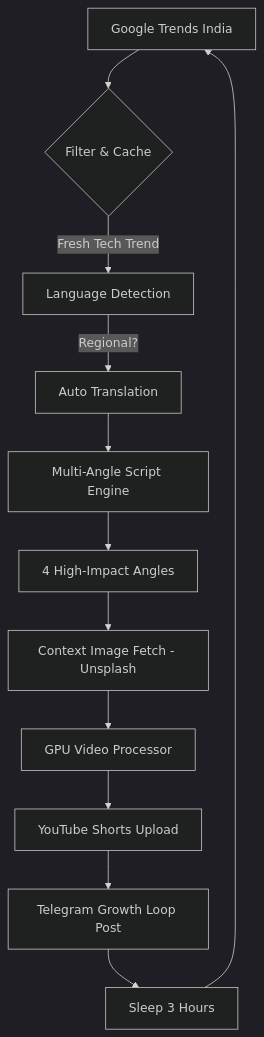
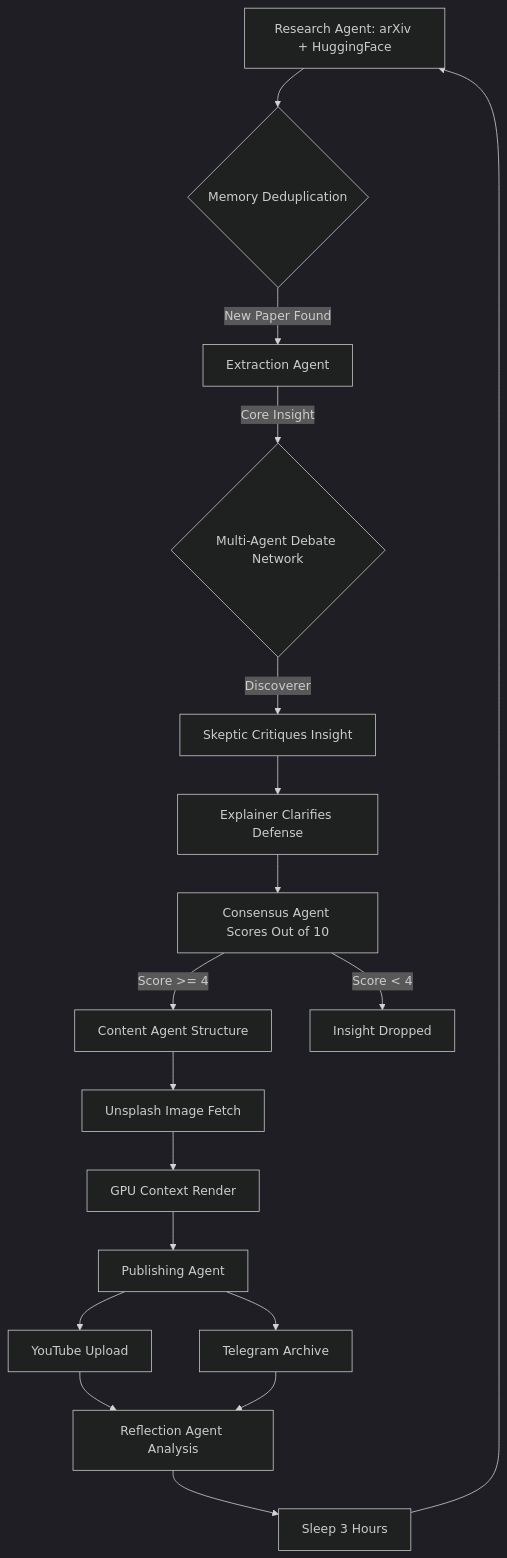
One commit to harsh-jha-a104911b5/trend-shorts-mvp changed the diagram in README.md. Above: the diagram before and after it, drawn with Mermaid (dark theme). The commit also changed other lines of this file, not shown here.

Commit message:
v12: Rebrand project to Agentic AI Discovery Engine in README.md (Document Multi-Agent Network)

````diff
--- a/README.md
+++ b/README.md
@@ -10,14 +12,20 @@
 ```mermaid
 graph TD
-    A[Google Trends India] --> B{Filter & Cache}
-    B -->|Fresh Tech Trend| C[Language Detection]
-    C -->|Regional?| D[Auto Translation]
-    D --> E[Multi-Angle Script Engine]
-    E --> F[4 High-Impact Angles]
-    F --> G[Context Image Fetch - Unsplash]
-    G --> H[GPU Video Processor]
-    H --> I[YouTube Shorts Upload]
-    I --> J[Telegram Growth Loop Post]
-    J --> K[Sleep 3 Hours]
-    K --> A
+    A[Research Agent: arXiv + HuggingFace] --> B{Memory Deduplication}
+    B -->|New Paper Found| C[Extraction Agent]
+    C -->|Core Insight| D{Multi-Agent Debate Network}
+    D -->|Discoverer| E[Skeptic Critiques Insight]
+    E --> F[Explainer Clarifies Defense]
+    F --> G[Consensus Agent Scores Out of 10]
+    G -->|Score >= 4| H[Content Agent Structure]
+    G -->|Score < 4| X[Insight Dropped]
+    H --> I[Unsplash Image Fetch]
+    I --> J[GPU Context Render]
+    J --> K[Publishing Agent]
+    K --> L[YouTube Upload]
+    K --> M[Telegram Archive]
+    L --> N[Reflection Agent Analysis]
+    M --> N
+    N --> O[Sleep 3 Hours]
+    O --> A
 ```
````
